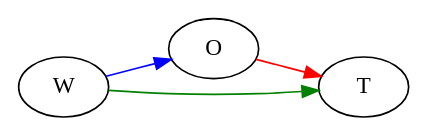
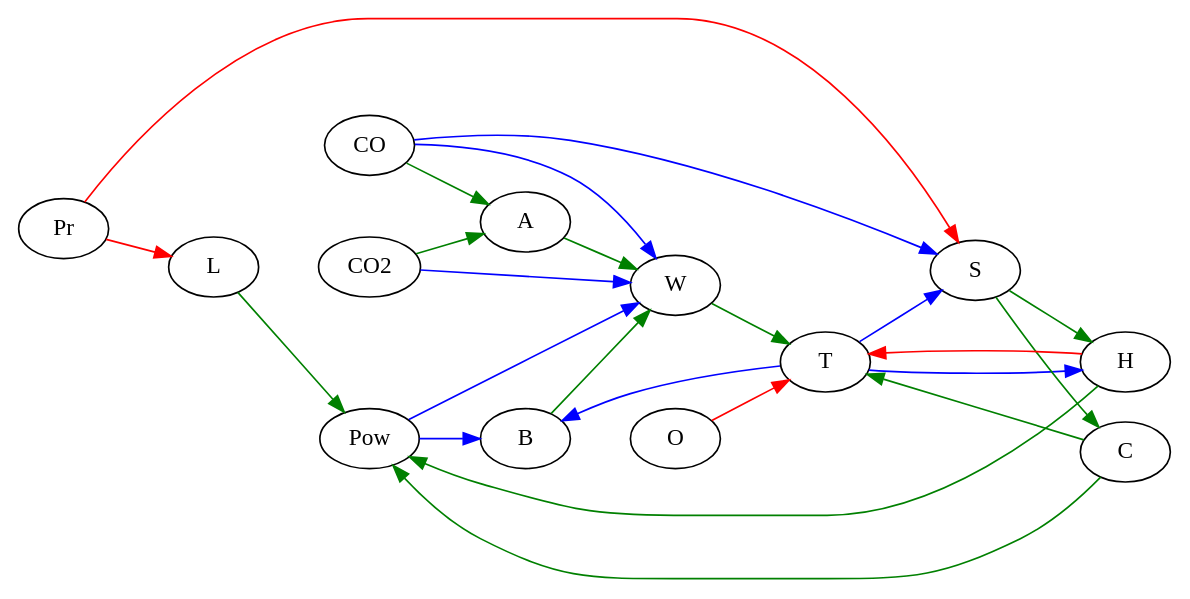
Before and after one commit to smarianimore/multiagent_algorithm: the diagram in tmp/3/Digraph.gv, drawn with Graphviz. The commit also changed 60 other files, not shown here.

```diff
--- a/tmp/3/Digraph.gv
+++ b/tmp/3/Digraph.gv
@@ -1,9 +1,29 @@
 digraph {
 	graph [rankdir=LR]
 	edge [color=blue]
-	W -> O
+	Pow -> B
+	Pow -> W
+	T -> S
+	T -> H
+	T -> B
+	CO -> W
+	CO -> S
+	CO2 -> W
 	edge [color=red]
+	Pr -> L
+	Pr -> S
+	H -> T
 	O -> T
 	edge [color=green]
+	L -> Pow
 	W -> T
+	B -> W
+	H -> Pow
+	C -> T
+	C -> Pow
+	S -> H
+	S -> C
+	CO -> A
+	A -> W
+	CO2 -> A
 }
```
